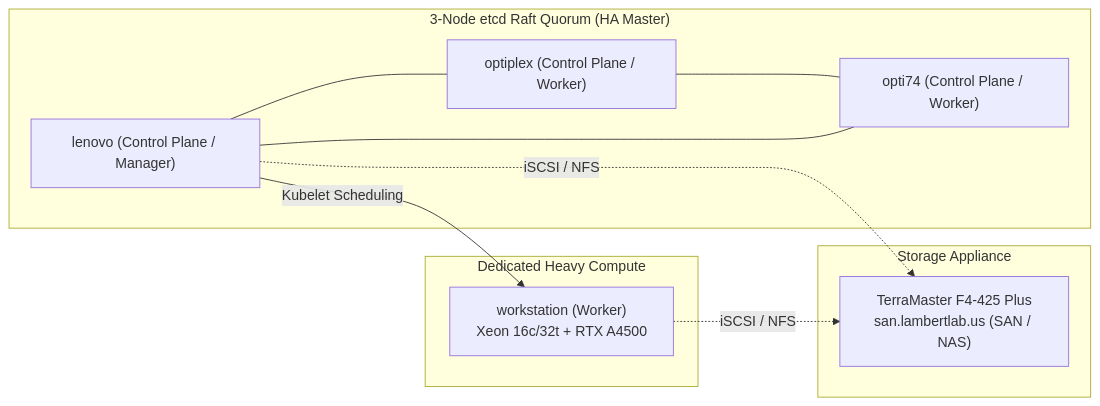
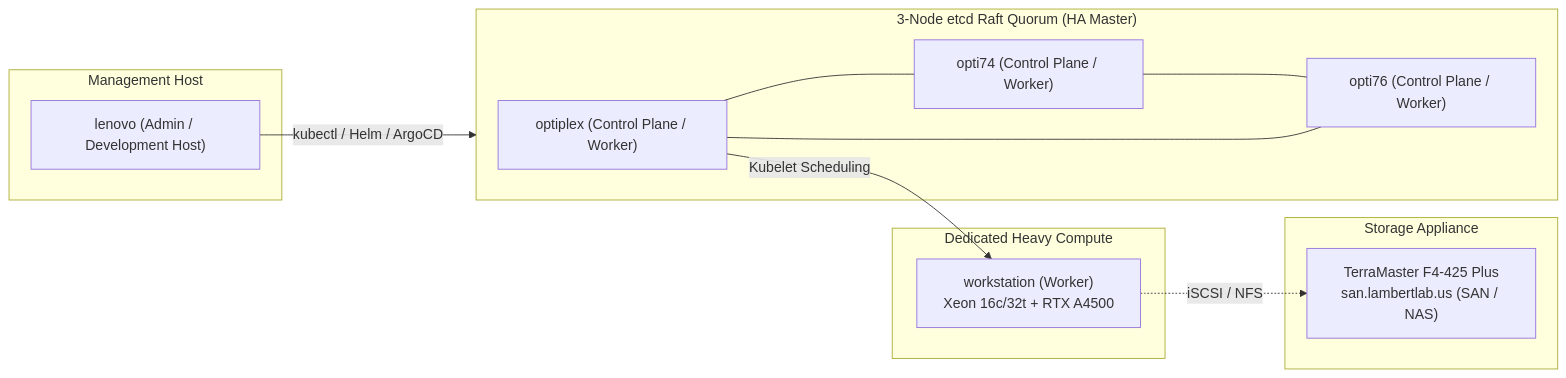
One commit to ChrisLambert03/homelab changed the diagram in docs/architecture/hardware.md. Above: the diagram before and after it, drawn with Mermaid. The commit also changed other lines of this file and 3 other files, not shown here.

Commit message:
docs: document node retirement SOP, update control plane topology, and upgrade runbook

````diff
--- a/docs/architecture/hardware.md
+++ b/docs/architecture/hardware.md
@@ -23,20 +24,24 @@
 ```mermaid
 graph LR
     subgraph ControlPlane["3-Node etcd Raft Quorum (HA Master)"]
-        L["lenovo (Control Plane / Manager)"] --- O1["optiplex (Control Plane / Worker)"]
-        O1 --- O2["opti74 (Control Plane / Worker)"]
-        O2 --- L
+        O1["optiplex (Control Plane / Worker)"] --- O2["opti74 (Control Plane / Worker)"]
+        O2 --- O3["opti76 (Control Plane / Worker)"]
+        O3 --- O1
     end
     
     subgraph ComputeCluster["Dedicated Heavy Compute"]
         W["workstation (Worker)<br/>Xeon 16c/32t + RTX A4500"]
     end
 
+    subgraph Management["Management Host"]
+        L["lenovo (Admin / Development Host)"]
+    end
+
     subgraph StorageSAN["Storage Appliance"]
         SAN["TerraMaster F4-425 Plus<br/>san.lambertlab.us (SAN / NAS)"]
     end
     
-    L -->|"Kubelet Scheduling"| W
+    O1 -->|"Kubelet Scheduling"| W
     W -.->|"iSCSI / NFS"| SAN
-    L -.->|"iSCSI / NFS"| SAN
+    L -->|"kubectl / Helm / ArgoCD"| ControlPlane
 ```
````
